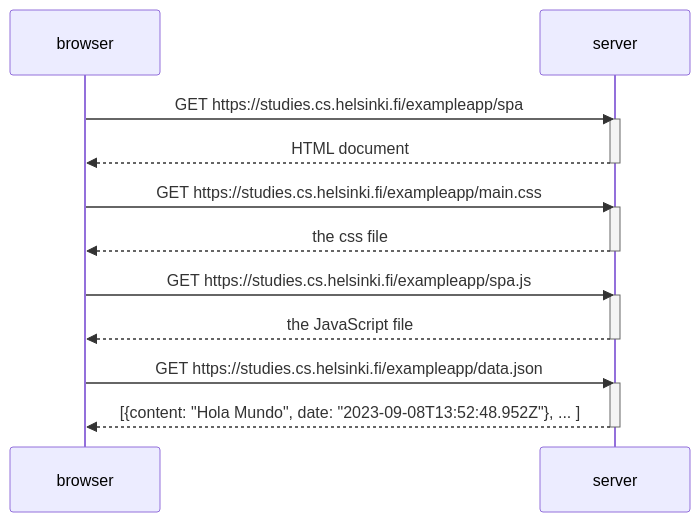
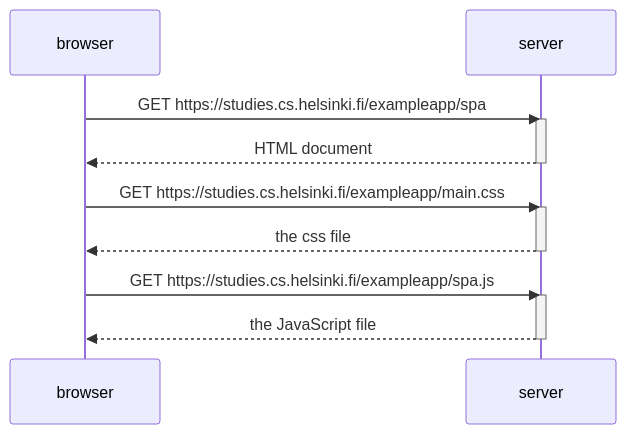
Before and after one commit to patrickrooney09/fsoex0.1-0.6: the diagram in 0.5.md, drawn with Mermaid.

````diff
--- a/0.5.md
+++ b/0.5.md
@@ -1,31 +1,24 @@
 ```mermaid
 sequenceDiagram
     participant browser
     participant server
 
     browser->>server: GET https://studies.cs.helsinki.fi/exampleapp/spa
 
     activate server
     server-->>browser: HTML document
     deactivate server
 
     browser->>server: GET https://studies.cs.helsinki.fi/exampleapp/main.css
 
     activate server
     server-->>browser: the css file
     deactivate server
 
     browser->>server: GET https://studies.cs.helsinki.fi/exampleapp/spa.js
 
 
     activate server
     server-->>browser: the JavaScript file
     deactivate server
-
-    
-
-    browser->>server: GET https://studies.cs.helsinki.fi/exampleapp/data.json
-    activate server
-    server-->>browser: [{content: "Hola Mundo", date: "2023-09-08T13:52:48.952Z"}, ... ]
-    deactivate server
 ```
````
